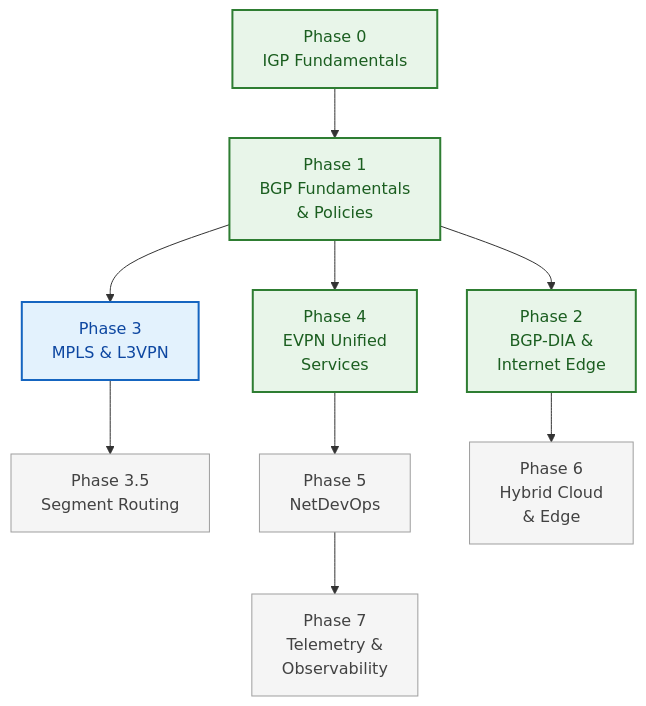
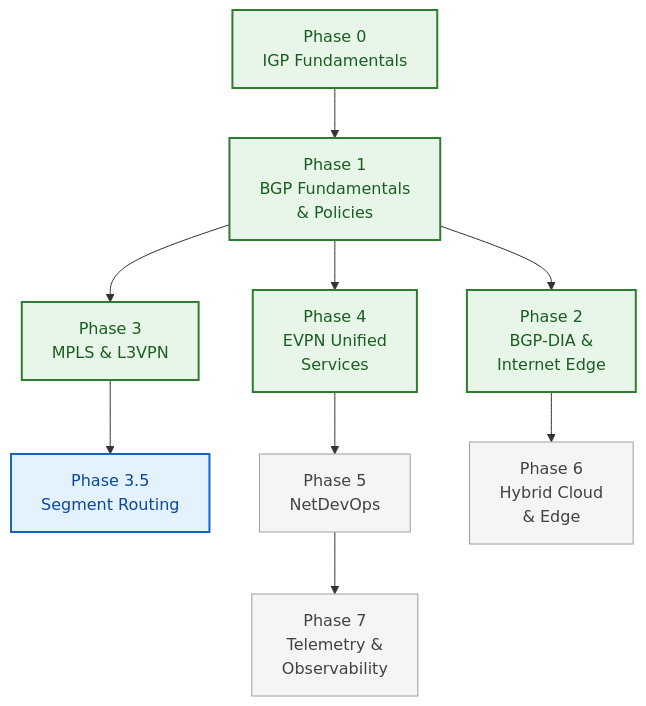
One commit to etherhtun/netforge-labs changed the diagram in docs/roadmap.md. Above: the diagram before and after it, drawn with Mermaid. The commit also changed other lines of this file and 6 other files, not shown here.

````diff
--- a/docs/roadmap.md
+++ b/docs/roadmap.md
@@ -13,16 +13,16 @@
 ```mermaid
 graph TD
     P0["Phase 0<br/>IGP Fundamentals"] --> P1["Phase 1<br/>BGP Fundamentals<br/>& Policies"]
     P1 --> P2["Phase 2<br/>BGP-DIA &<br/>Internet Edge"]
     P1 --> P3["Phase 3<br/>MPLS & L3VPN"]
     P3 --> P35["Phase 3.5<br/>Segment Routing"]
     P1 --> P4["Phase 4<br/>EVPN Unified<br/>Services"]
     P4 --> P5["Phase 5<br/>NetDevOps"]
     P2 --> P6["Phase 6<br/>Hybrid Cloud<br/>& Edge"]
     P5 --> P7["Phase 7<br/>Telemetry &<br/>Observability"]
 
     classDef done fill:#e8f5e9,stroke:#2e7d32,color:#1b5e20,stroke-width:2px;
     classDef next fill:#e3f2fd,stroke:#1565c0,color:#0d47a1,stroke-width:2px;
     classDef plan fill:#f5f5f5,stroke:#9e9e9e,color:#424242;
-    class P0,P1,P2,P4 done; class P3 next; class P35,P5,P6,P7 plan;
+    class P0,P1,P2,P3,P4 done; class P35 next; class P5,P6,P7 plan;
 ```
````
